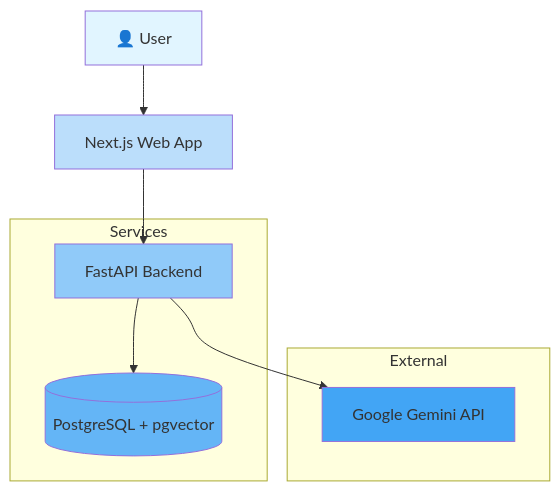
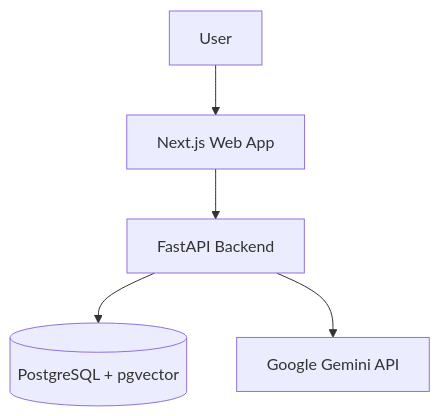
One commit to SaintWyss/rag-corp changed the diagram in doc/architecture/overview.md. Above: the diagram before and after it, drawn with Mermaid. The commit also changed other lines of this file and 73 other files, not shown here.

````diff
--- a/doc/architecture/overview.md
+++ b/doc/architecture/overview.md
@@ -41,22 +21,7 @@
 ```mermaid
 graph TB
-    User[👤 User] --> Web[Next.js Web App]
+    User[User] --> Web[Next.js Web App]
     Web --> API[FastAPI Backend]
     API --> PG[(PostgreSQL + pgvector)]
     API --> Gemini[Google Gemini API]
-    
-    subgraph "Services"
-        API
-        PG
-    end
-    
-    subgraph "External"
-        Gemini
-    end
-    
-    style User fill:#e1f5ff
-    style Web fill:#bbdefb
-    style API fill:#90caf9
-    style PG fill:#64b5f6
-    style Gemini fill:#42a5f5
 ```
````
